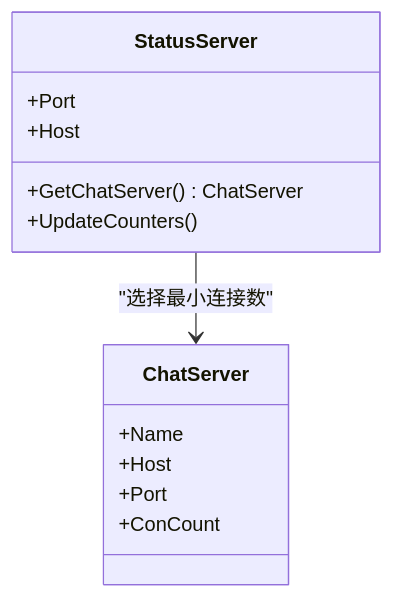
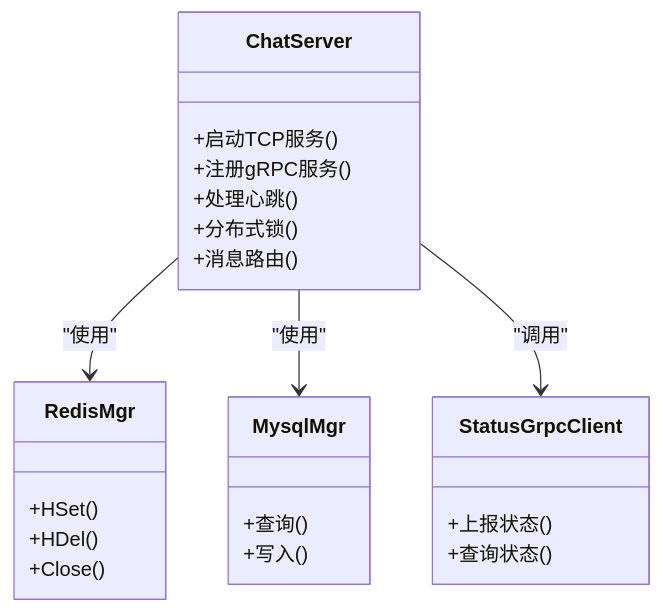
Before and after one commit to echo9923/mychatter: the fourth of 5 diagrams in .qoder/repowiki/zh/content/部署运维/部署运维.md, drawn with Mermaid. The commit also changed other lines of this file and 526 other files, not shown here.

Commit message:
docs: 为ChatServer所有头文件添加详细Doxygen注释 - 为18个头文件的类、函数、成员变量添加完整的中文注释 - 包含类职责说明、参数描述、返回值说明 - 涵盖AsioIOServicePool/CServer/CSession/LogicSystem等核心模块 - 同时更新GateServer的VerifyGrpcClient.h注释

````diff
--- a/.qoder/repowiki/zh/content/部署运维/部署运维.md
+++ b/.qoder/repowiki/zh/content/部署运维/部署运维.md
@@ -217,16 +192,26 @@
 ```mermaid
 classDiagram
-class StatusServer {
-+Port
-+Host
-+GetChatServer() ChatServer
-+UpdateCounters()
+class ChatServer {
++启动TCP服务()
++注册gRPC服务()
++处理心跳()
++分布式锁()
++消息路由()
 }
-class ChatServer {
-+Name
-+Host
-+Port
-+ConCount
+class RedisMgr {
++HSet()
++HDel()
++Close()
 }
-StatusServer --> ChatServer : "选择最小连接数"
+class MysqlMgr {
++查询()
++写入()
+}
+class StatusGrpcClient {
++上报状态()
++查询状态()
+}
+ChatServer --> RedisMgr : "使用"
+ChatServer --> MysqlMgr : "使用"
+ChatServer --> StatusGrpcClient : "调用"
 ```
````
